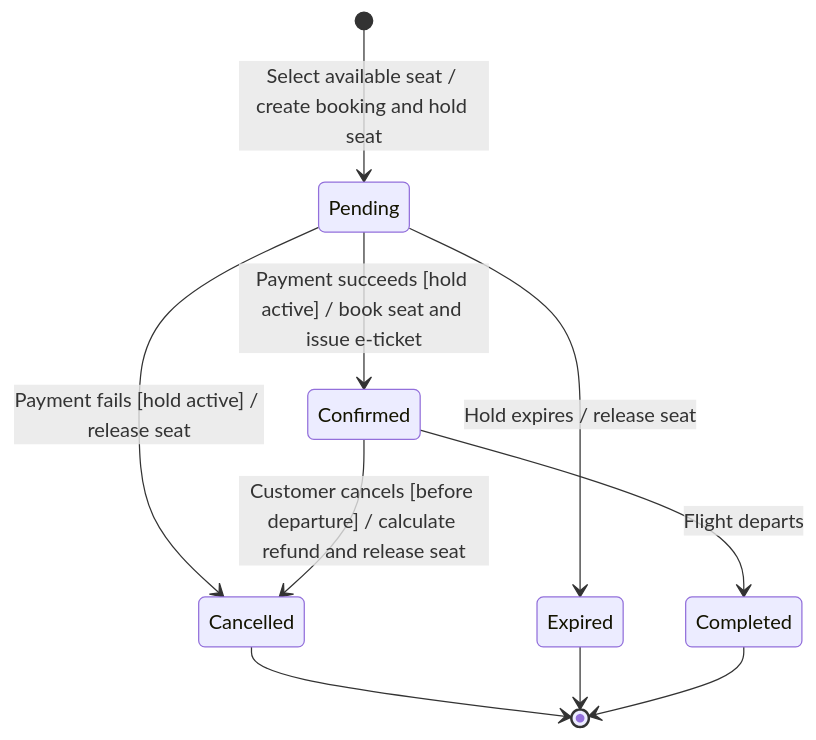
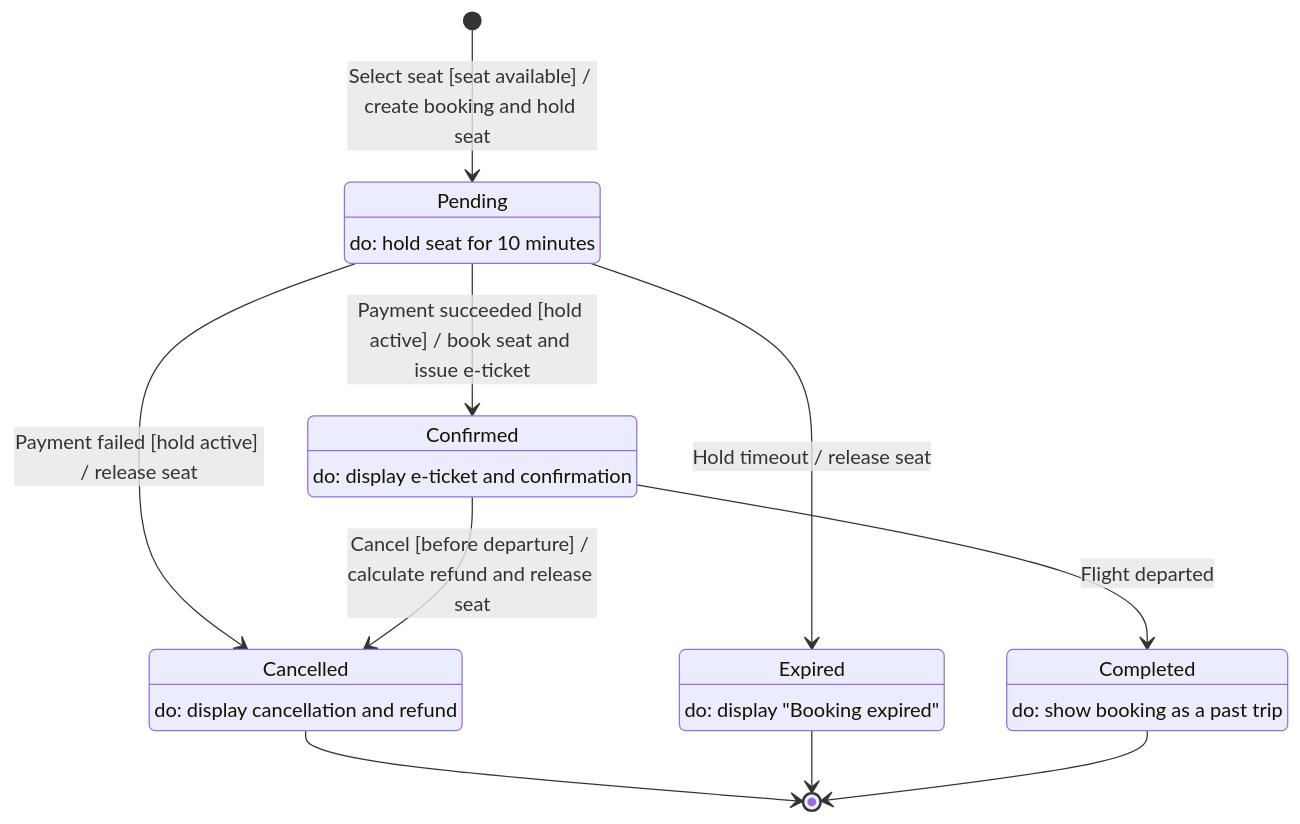
Before and after one commit to AbdalslamBondoq/Software-project-Flight-Booking-System: the diagram in uml/state_booking.md, drawn with Mermaid. The commit also changed other lines of this file, not shown here.

First line of the commit message:
Redraw the booking state diagram to follow slide SD06

````diff
--- a/uml/state_booking.md
+++ b/uml/state_booking.md
@@ -9,15 +9,27 @@
 ```mermaid
 stateDiagram-v2
-    [*] --> Pending : Select available seat / create booking and hold seat
+    [*] --> Pending : Select seat [seat available] / create booking and hold seat
 
-    Pending --> Confirmed : Payment succeeds [hold active] / book seat and issue e-ticket
-    Pending --> Cancelled : Payment fails [hold active] / release seat
-    Pending --> Expired : Hold expires / release seat
+    state "Pending" as Pending
+    state "Confirmed" as Confirmed
+    state "Cancelled" as Cancelled
+    state "Expired" as Expired
+    state "Completed" as Completed
 
-    Confirmed --> Cancelled : Customer cancels [before departure] / calculate refund and release seat
-    Confirmed --> Completed : Flight departs
+    Pending : do: hold seat for 10 minutes
+    Confirmed : do: display e-ticket and confirmation
+    Cancelled : do: display cancellation and refund
+    Expired : do: display "Booking expired"
+    Completed : do: show booking as a past trip
+
+    Pending --> Confirmed : Payment succeeded [hold active] / book seat and issue e-ticket
+    Pending --> Cancelled : Payment failed [hold active] / release seat
+    Pending --> Expired : Hold timeout / release seat
+
+    Confirmed --> Cancelled : Cancel [before departure] / calculate refund and release seat
+    Confirmed --> Completed : Flight departed
 
     Cancelled --> [*]
     Expired --> [*]
     Completed --> [*]
 ```
````
